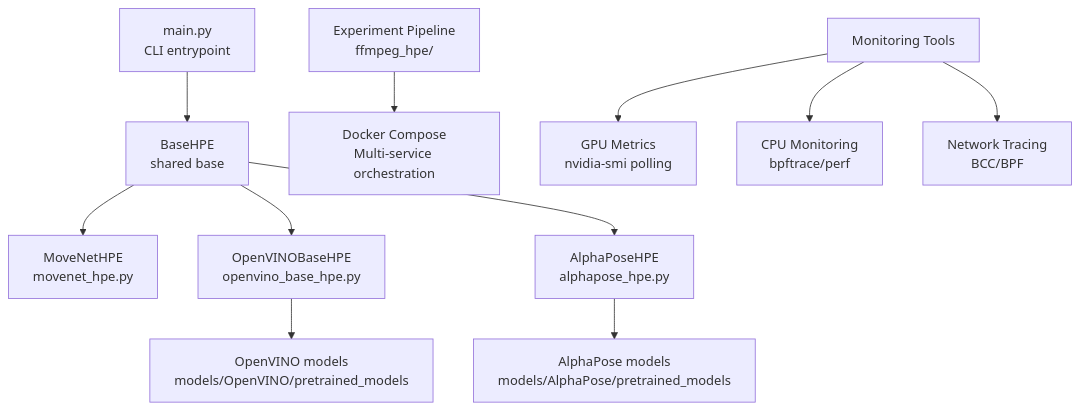
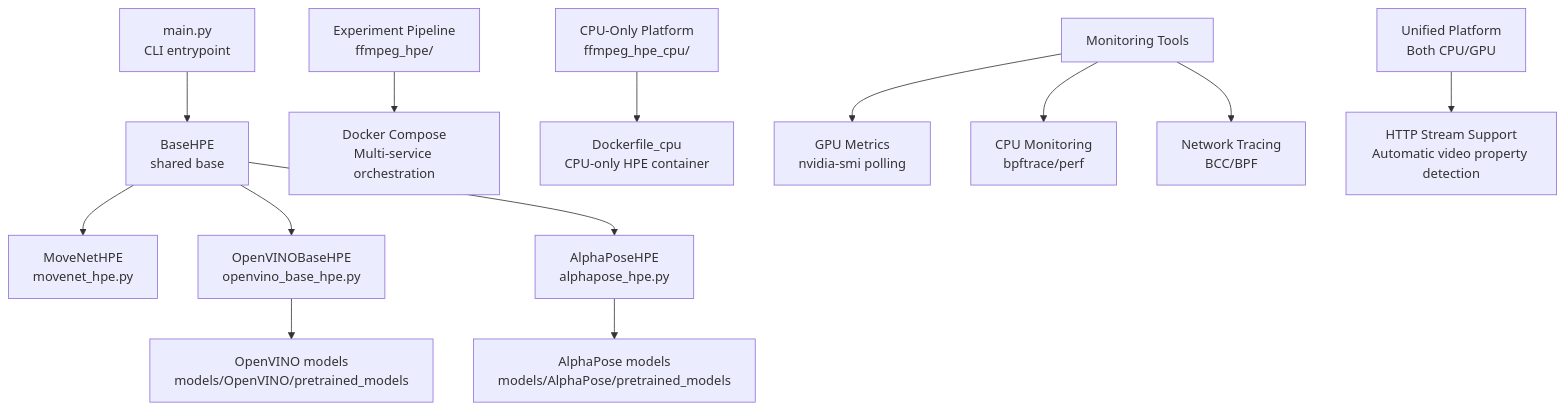
Before and after one commit to Fogus-Gr/MeasurementsDTs: the first of 3 diagrams in .qoder/repowiki/en/content/Getting Started.md, drawn with Mermaid. The commit also changed other lines of this file and 5 other files, not shown here.

````diff
--- a/.qoder/repowiki/en/content/Getting Started.md
+++ b/.qoder/repowiki/en/content/Getting Started.md
@@ -53,13 +59,15 @@
 ```mermaid
 graph TB
 A["main.py<br/>CLI entrypoint"] --> B["BaseHPE<br/>shared base"]
 B --> C["MoveNetHPE<br/>movenet_hpe.py"]
 B --> D["OpenVINOBaseHPE<br/>openvino_base_hpe.py"]
 B --> E["AlphaPoseHPE<br/>alphapose_hpe.py"]
 D --> F["OpenVINO models<br/>models/OpenVINO/pretrained_models"]
 E --> G["AlphaPose models<br/>models/AlphaPose/pretrained_models"]
 H["Experiment Pipeline<br/>ffmpeg_hpe/"] --> I["Docker Compose<br/>Multi-service orchestration"]
-J["Monitoring Tools"] --> K["GPU Metrics<br/>nvidia-smi polling"]
-J --> L["CPU Monitoring<br/>bpftrace/perf"]
-J --> M["Network Tracing<br/>BCC/BPF"]
+J["CPU-Only Platform<br/>ffmpeg_hpe_cpu/"] --> K["Dockerfile_cpu<br/>CPU-only HPE container"]
+L["Monitoring Tools"] --> M["GPU Metrics<br/>nvidia-smi polling"]
+L --> N["CPU Monitoring<br/>bpftrace/perf"]
+L --> O["Network Tracing<br/>BCC/BPF"]
+P["Unified Platform<br/>Both CPU/GPU"] --> Q["HTTP Stream Support<br/>Automatic video property detection"]
 ```
````
